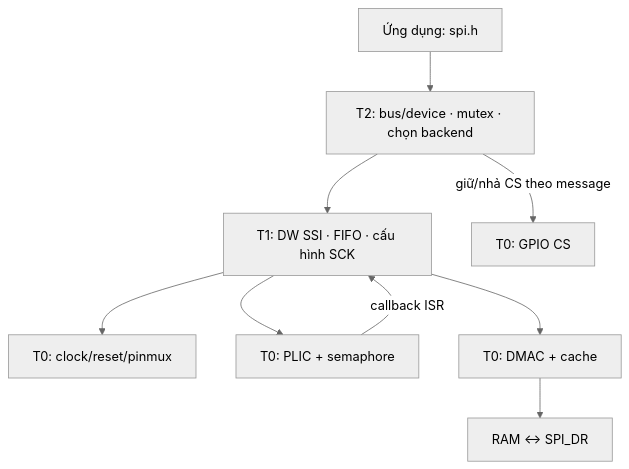
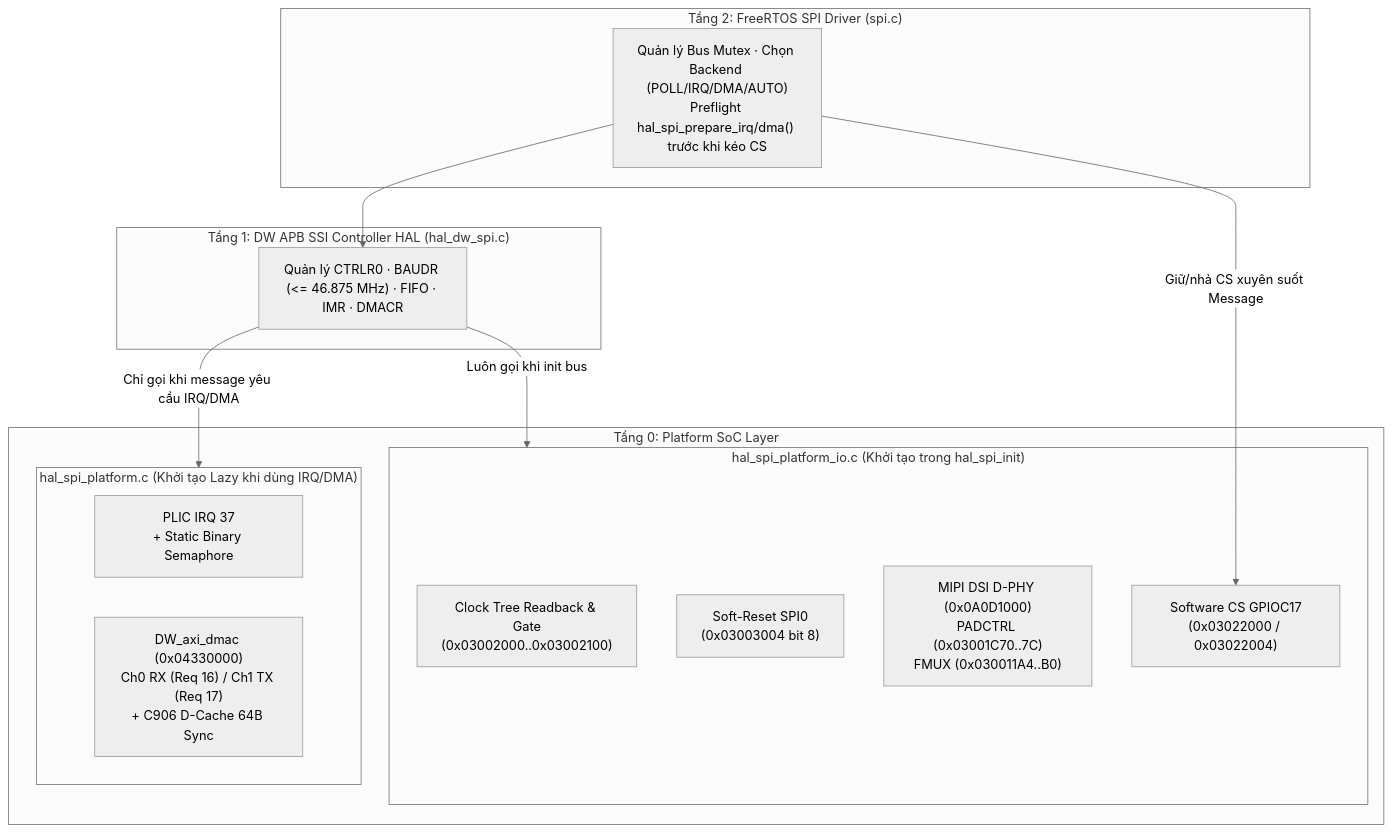
Before and after one commit to DangNgoHai04/LicheeRVNano_ARCH: the diagram in SPI_Arch/T0_layer_arch/spi_t0_platform_architecture.md, drawn with Mermaid (neutral theme). The commit also changed other lines of this file and 36 other files, not shown here.

````diff
--- a/SPI_Arch/T0_layer_arch/spi_t0_platform_architecture.md
+++ b/SPI_Arch/T0_layer_arch/spi_t0_platform_architecture.md
@@ -25,11 +45,28 @@
 ```mermaid
 flowchart TB
-    A["Ứng dụng: spi.h"] --> T2["T2: bus/device · mutex · chọn backend"]
-    T2 --> T1["T1: DW SSI · FIFO · cấu hình SCK"]
-    T2 -->|giữ/nhả CS theo message| CS["T0: GPIO CS"]
-    T1 --> CLK["T0: clock/reset/pinmux"]
-    T1 --> IRQ["T0: PLIC + semaphore"]
-    T1 --> DMA["T0: DMAC + cache"]
-    IRQ -->|callback ISR| T1
-    DMA --> RAM["RAM ↔ SPI_DR"]
+    subgraph T2_LAYER["Tầng 2: FreeRTOS SPI Driver (spi.c)"]
+        T2["Quản lý Bus Mutex · Chọn Backend (POLL/IRQ/DMA/AUTO)\nPreflight hal_spi_prepare_irq/dma() trước khi kéo CS"]
+    end
+
+    subgraph T1_LAYER["Tầng 1: DW APB SSI Controller HAL (hal_dw_spi.c)"]
+        T1["Quản lý CTRLR0 · BAUDR (<= 46.875 MHz) · FIFO · IMR · DMACR"]
+    end
+
+    subgraph T0_LAYER["Tầng 0: Platform SoC Layer"]
+        subgraph T0_IO["hal_spi_platform_io.c (Khởi tạo trong hal_spi_init)"]
+            CLK["Clock Tree Readback & Gate\n(0x03002000..0x03002100)"]
+            RST["Soft-Reset SPI0\n(0x03003004 bit 8)"]
+            PIN["MIPI DSI D-PHY (0x0A0D1000)\nPADCTRL (0x03001C70..7C)\nFMUX (0x030011A4..B0)"]
+            CS["Software CS GPIOC17\n(0x03022000 / 0x03022004)"]
+        end
+        subgraph T0_ADV["hal_spi_platform.c (Khởi tạo Lazy khi dùng IRQ/DMA)"]
+            IRQ["PLIC IRQ 37\n+ Static Binary Semaphore"]
+            DMA["DW_axi_dmac (0x04330000)\nCh0 RX (Req 16) / Ch1 TX (Req 17)\n+ C906 D-Cache 64B Sync"]
+        end
+    end
+
+    T2 --> T1
+    T2 -->|Giữ/nhả CS xuyên suốt Message| CS
+    T1 -->|Luôn gọi khi init bus| T0_IO
+    T1 -->|Chỉ gọi khi message yêu cầu IRQ/DMA| T0_ADV
 ```
````
